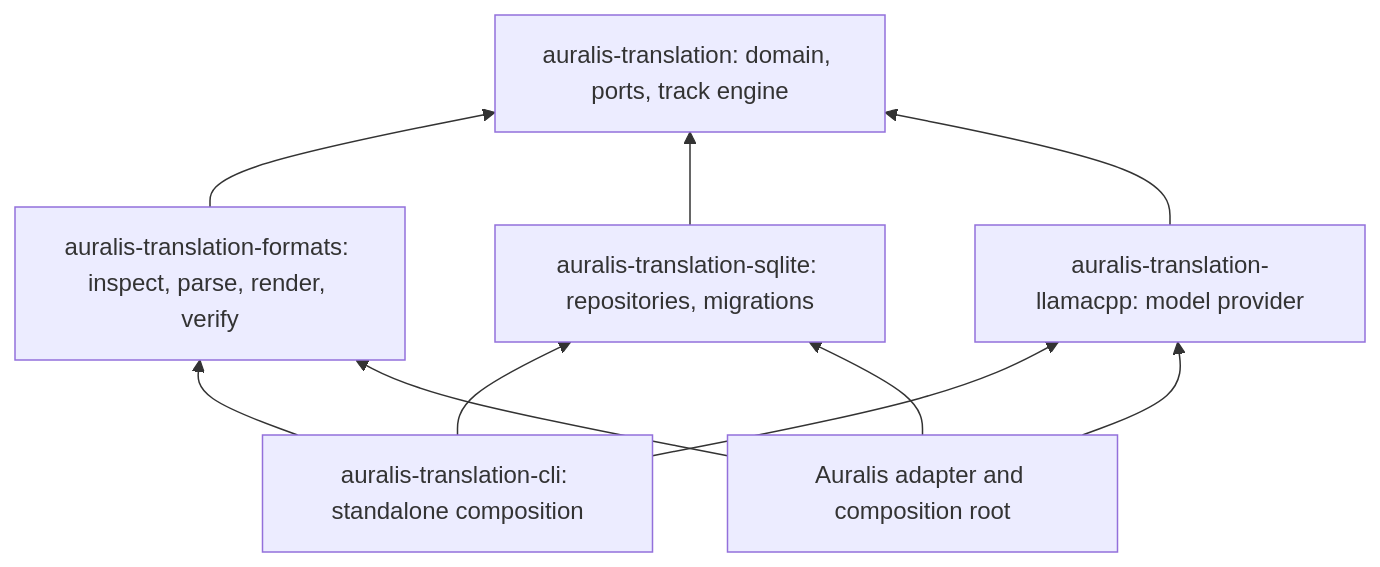
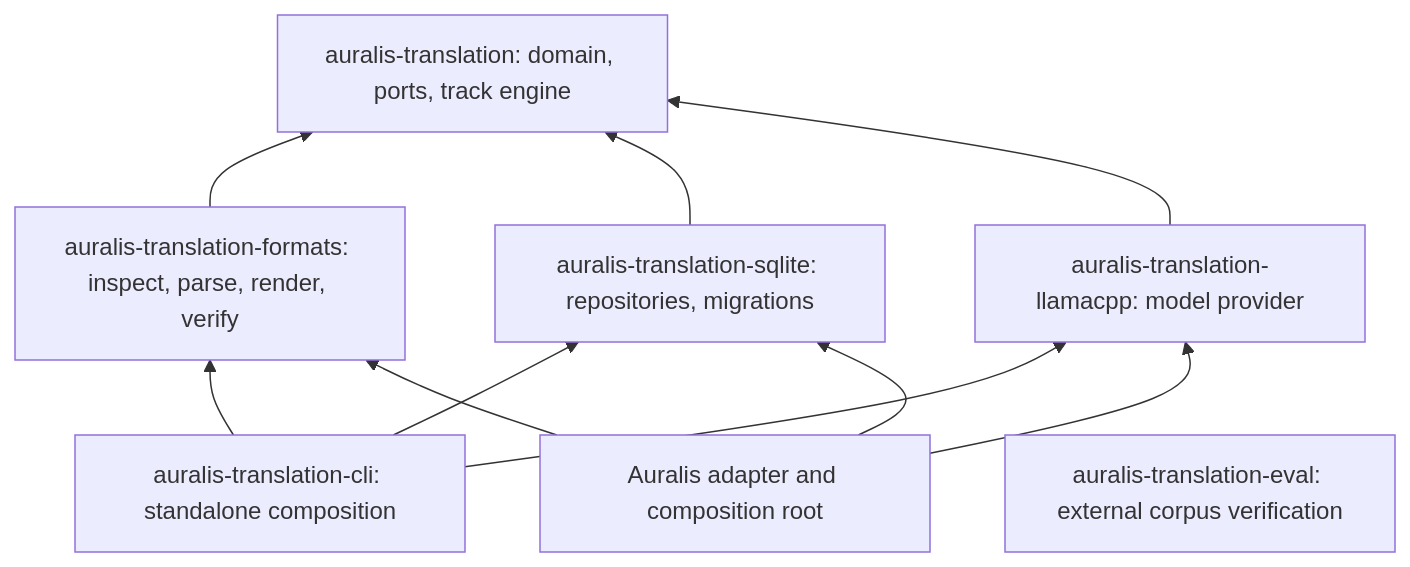
The diagram in docs/architecture/004-rust-code-architecture.md (Ermolz69/auralis-translate), drawn with Mermaid before and after one commit. The commit also changed other lines of this file and 18 other files, not shown here.

First line of the commit message:
feat(eval): pin and verify FLORES-200 auxiliary corpus

````diff
--- a/docs/architecture/004-rust-code-architecture.md
+++ b/docs/architecture/004-rust-code-architecture.md
@@ -11,13 +11,14 @@
 ```mermaid
 flowchart BT
     CORE["auralis-translation: domain, ports, track engine"]
     FORMATS["auralis-translation-formats: inspect, parse, render, verify"] --> CORE
     SQLITE["auralis-translation-sqlite: repositories, migrations"] --> CORE
     MODEL["auralis-translation-llamacpp: model provider"] --> CORE
     CLI["auralis-translation-cli: standalone composition"] --> FORMATS
     CLI --> SQLITE
     CLI --> MODEL
     AURALIS["Auralis adapter and composition root"] --> FORMATS
     AURALIS --> SQLITE
     AURALIS --> MODEL
+    EVAL["auralis-translation-eval: external corpus verification"]
 ```
````
